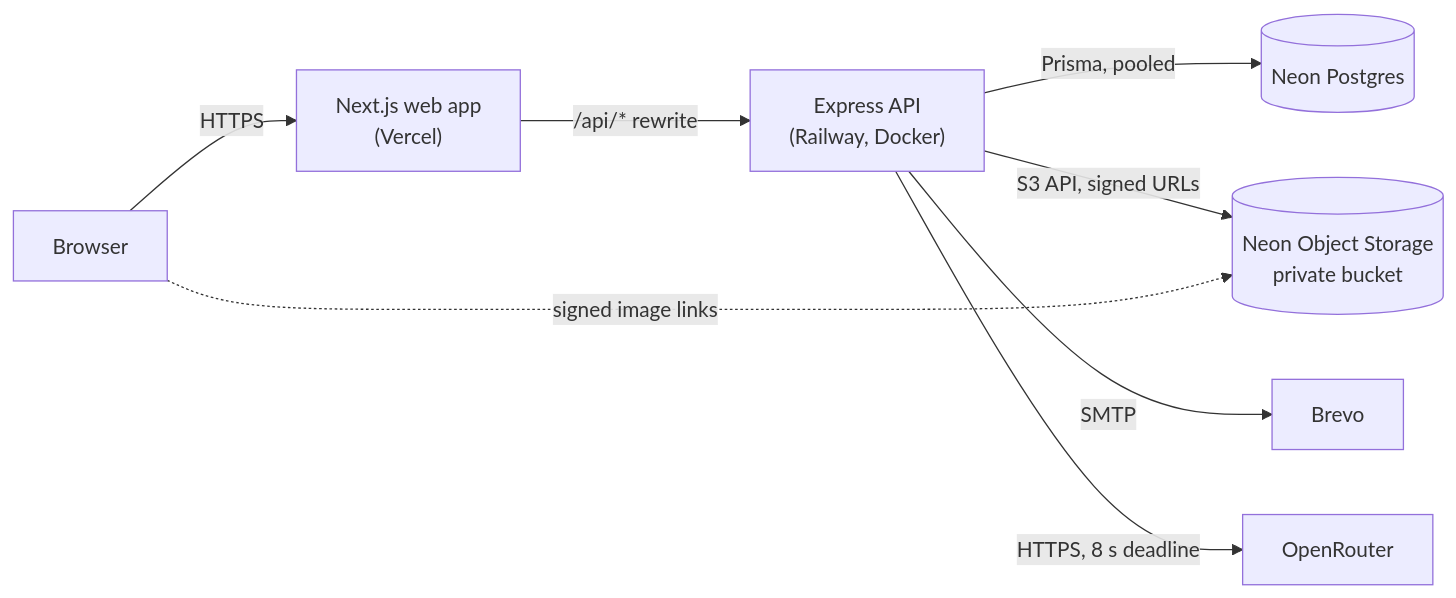
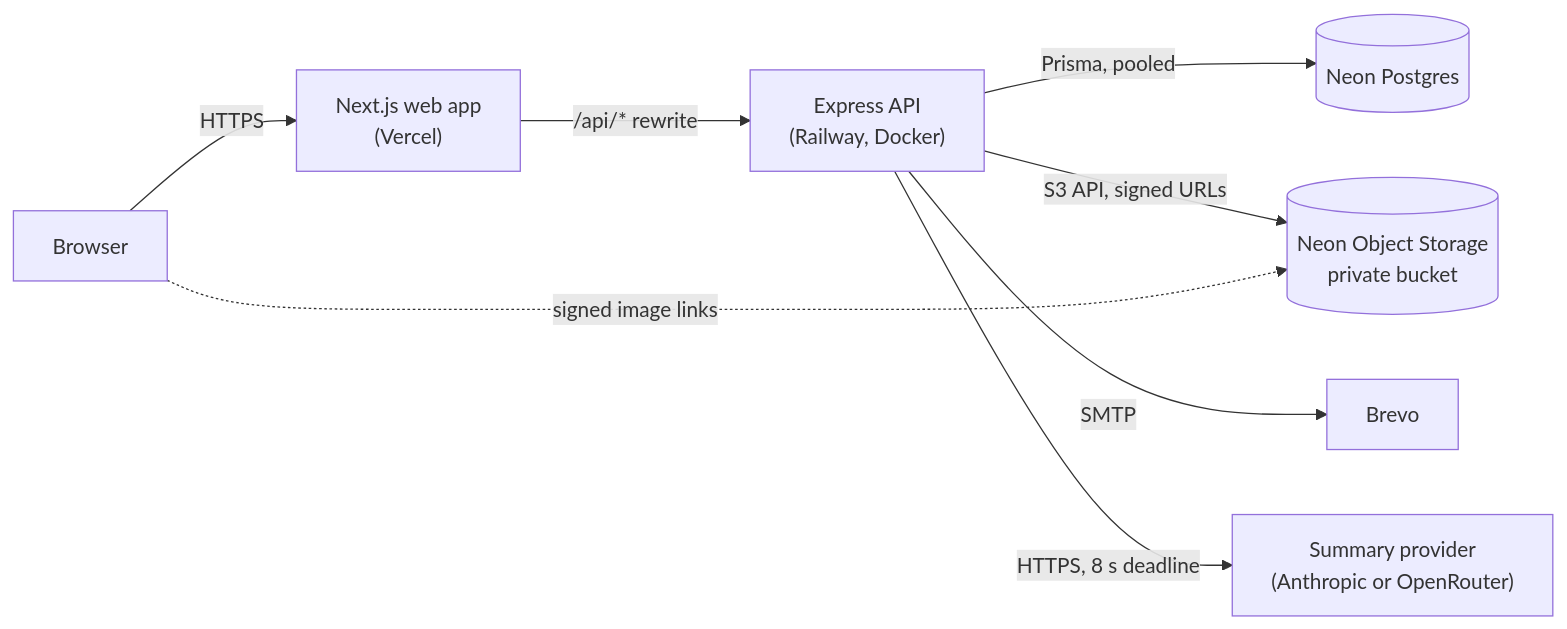
Before and after one commit to jubair-jx/travel-photo-journal: the first of 2 diagrams in README.md, drawn with Mermaid. The commit also changed other lines of this file and 11 other files, not shown here.

Commit message:
feat(api): summaries with the cheapest Claude model, no reasoning and no retries

````diff
--- a/README.md
+++ b/README.md
@@ -42,10 +42,10 @@
 ```mermaid
 flowchart LR
   Browser["Browser"] -->|"HTTPS"| Web["Next.js web app<br/>(Vercel)"]
   Web -->|"/api/* rewrite"| API["Express API<br/>(Railway, Docker)"]
   API -->|"Prisma, pooled"| DB[("Neon Postgres")]
   API -->|"S3 API, signed URLs"| R2[("Neon Object Storage<br/>private bucket")]
   API -->|"SMTP"| Mail["Brevo"]
-  API -->|"HTTPS, 8 s deadline"| Summaries["OpenRouter"]
+  API -->|"HTTPS, 8 s deadline"| Summaries["Summary provider<br/>(Anthropic or OpenRouter)"]
   Browser -.->|"signed image links"| R2
 ```
````
